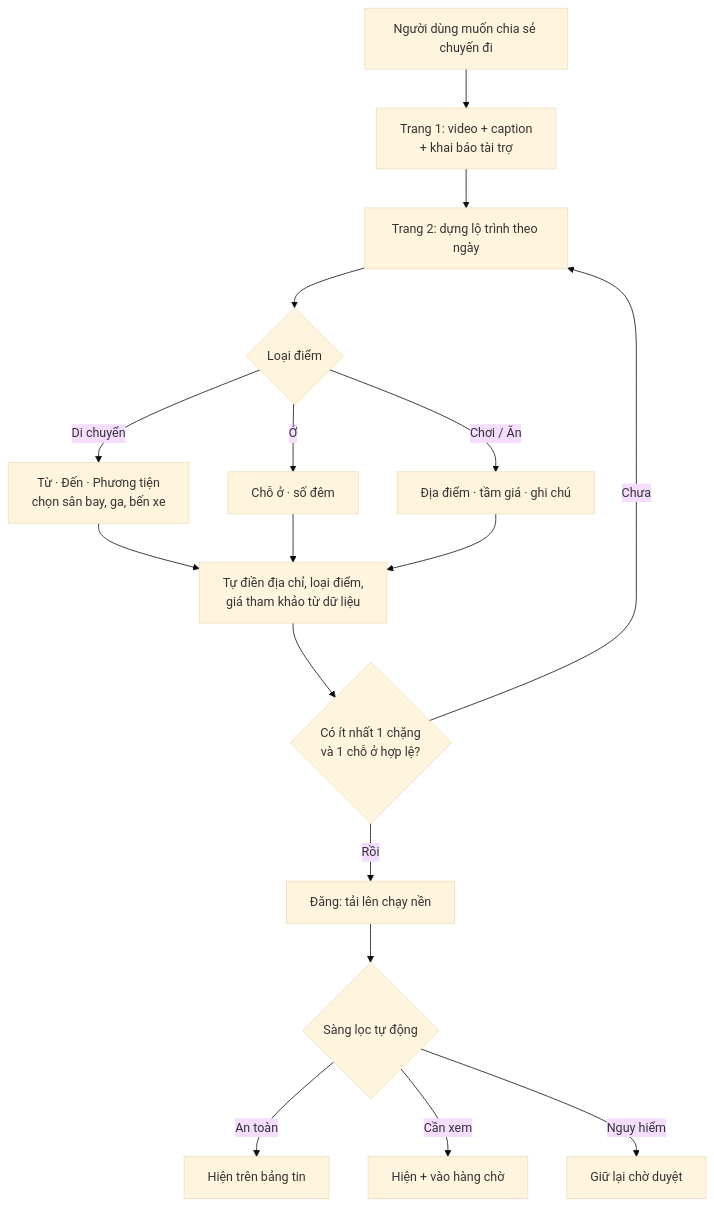
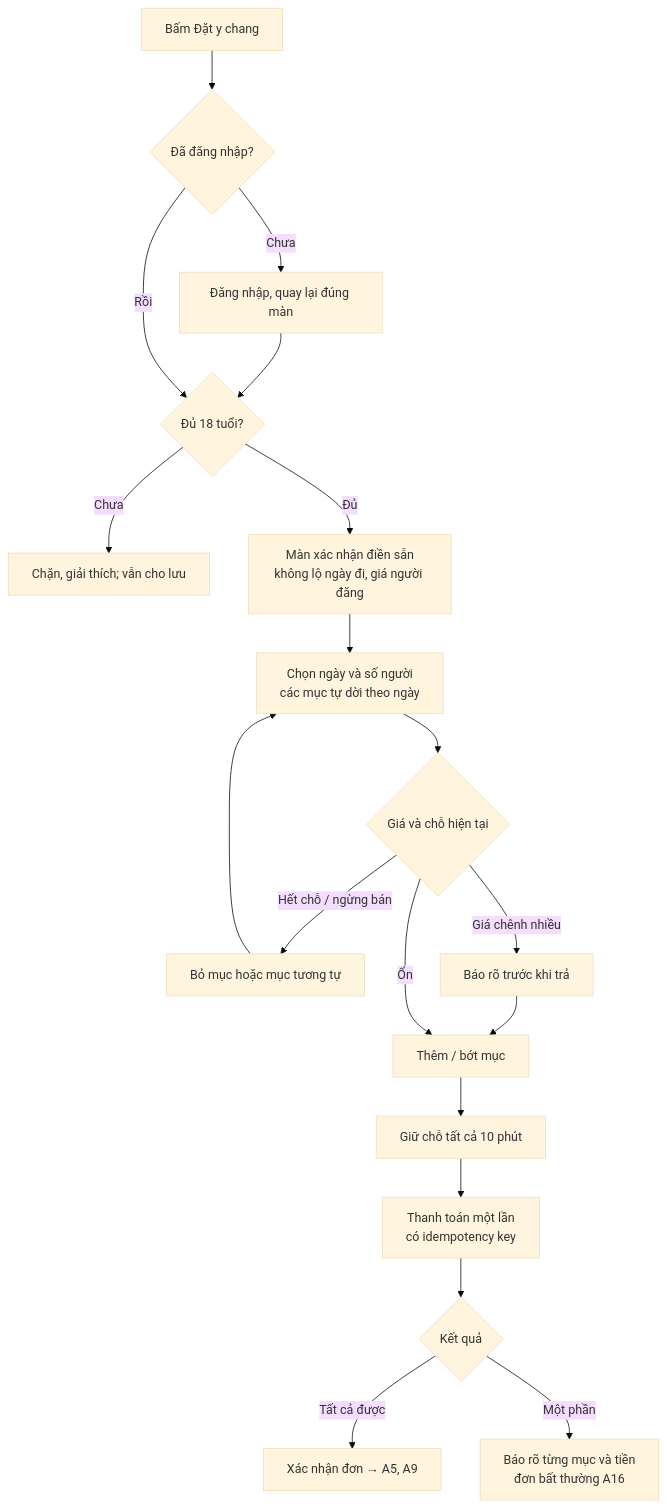
Before and after one commit to lengqbaorr/OTA_research: the third of 5 diagrams in docs/03-y-tuong-trien-khai.md, drawn with Mermaid (base theme). The commit also changed other lines of this file and 3 other files, not shown here.

First line of the commit message:
Align docs with the agreed Tripflix direction: verified travelers, Đặt y chang, Vinpearl scope, module assignment

````diff
--- a/docs/03-y-tuong-trien-khai.md
+++ b/docs/03-y-tuong-trien-khai.md
@@ -317,19 +322,18 @@
 ```mermaid
 flowchart TD
-    S["Người dùng muốn chia sẻ chuyến đi"] --> P1["Trang 1: video + caption<br/>+ khai báo tài trợ"]
-    P1 --> P2["Trang 2: dựng lộ trình theo ngày"]
-    P2 --> T{"Loại điểm"}
-    T -->|"Di chuyển"| M["Từ · Đến · Phương tiện<br/>chọn sân bay, ga, bến xe"]
-    T -->|"Ở"| ST["Chỗ ở · số đêm"]
-    T -->|"Chơi / Ăn"| PO["Địa điểm · tầm giá · ghi chú"]
-    M --> DATA["Tự điền địa chỉ, loại điểm,<br/>giá tham khảo từ dữ liệu"]
-    ST --> DATA
-    PO --> DATA
-    DATA --> OK{"Có ít nhất 1 chặng<br/>và 1 chỗ ở hợp lệ?"}
-    OK -->|"Chưa"| P2
-    OK -->|"Rồi"| UP["Đăng: tải lên chạy nền"]
-    UP --> MOD{"Sàng lọc tự động"}
-    MOD -->|"An toàn"| LIVE["Hiện trên bảng tin"]
-    MOD -->|"Cần xem"| Q["Hiện + vào hàng chờ"]
-    MOD -->|"Nguy hiểm"| HOLD["Giữ lại chờ duyệt"]
+    A["Bấm Đặt y chang"] --> L{"Đã đăng nhập?"}
+    L -->|"Chưa"| LOGIN["Đăng nhập, quay lại đúng màn"] --> AGE
+    L -->|"Rồi"| AGE{"Đủ 18 tuổi?"}
+    AGE -->|"Chưa"| BLOCK["Chặn, giải thích; vẫn cho lưu"]
+    AGE -->|"Đủ"| CF["Màn xác nhận điền sẵn<br/>không lộ ngày đi, giá người đăng"]
+    CF --> DT["Chọn ngày và số người<br/>các mục tự dời theo ngày"]
+    DT --> CHK{"Giá và chỗ hiện tại"}
+    CHK -->|"Hết chỗ / ngừng bán"| ALT["Bỏ mục hoặc mục tương tự"] --> DT
+    CHK -->|"Giá chênh nhiều"| WARN["Báo rõ trước khi trả"] --> ED
+    CHK -->|"Ổn"| ED["Thêm / bớt mục"]
+    ED --> HOLD["Giữ chỗ tất cả 10 phút"]
+    HOLD --> PAY["Thanh toán một lần<br/>có idempotency key"]
+    PAY --> RES{"Kết quả"}
+    RES -->|"Tất cả được"| OK["Xác nhận đơn → A5, A9"]
+    RES -->|"Một phần"| PART["Báo rõ từng mục và tiền<br/>đơn bất thường A16"]
 ```
````
